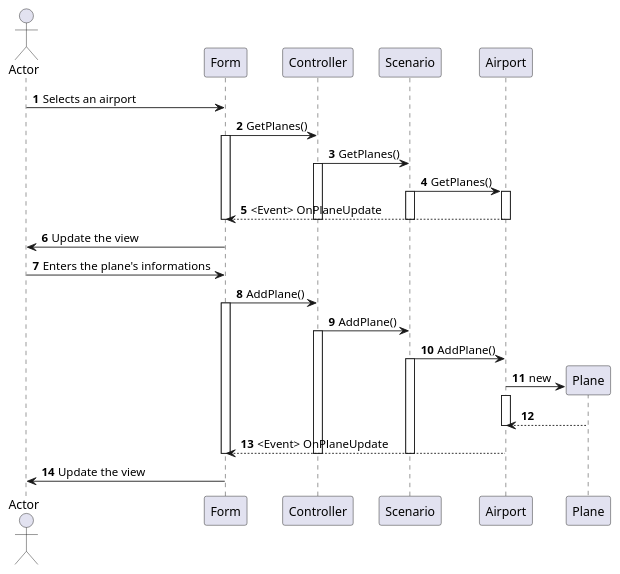
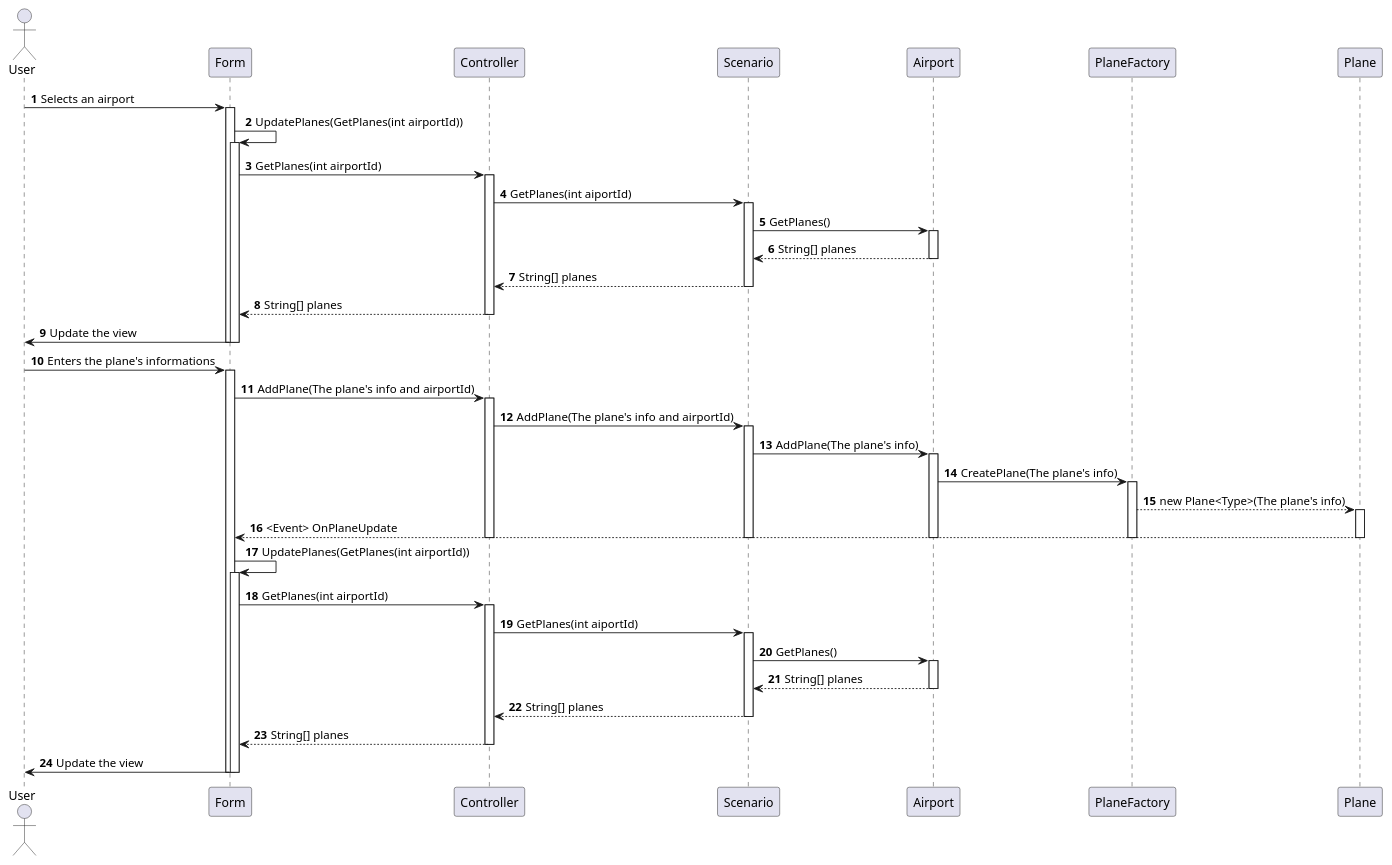
Before and after one commit to Homespore165/tututut: the diagram in PlaneTP/Documentation/Diagrams/Sequence/AddToAirport.puml, drawn with PlantUML. The commit also changed 1 other file, not shown here.

Commit message:
Redid the first sequance diagram

```diff
--- a/PlaneTP/Documentation/Diagrams/Sequence/AddToAirport.puml
+++ b/PlaneTP/Documentation/Diagrams/Sequence/AddToAirport.puml
@@ -1,39 +1,63 @@
 @startuml
 'https://plantuml.com/sequence-diagram
 
 autonumber
 
-actor Actor
-Actor -> Form : Selects an airport
-Form -> Controller : GetPlanes()
+actor User
+User -> Form : Selects an airport
 activate Form
-Controller -> Scenario : GetPlanes()
+Form -> Form : UpdatePlanes(GetPlanes(int airportId))
+activate Form
+Form -> Controller : GetPlanes(int airportId)
 activate Controller
+Controller -> Scenario : GetPlanes(int aiportId)
+activate Scenario
 Scenario -> Airport : GetPlanes()
+activate Airport
+Airport --> Scenario : String[] planes
+deactivate Airport
+Scenario --> Controller: String[] planes
+deactivate Scenario
+Controller --> Form: String[] planes
+deactivate Controller
+Form -> User : Update the view
+deactivate Form
+deactivate Form
+User -> Form : Enters the plane's informations
+activate Form
+Form -> Controller : AddPlane(The plane's info and airportId)
+activate Controller
+Controller -> Scenario : AddPlane(The plane's info and airportId)
 activate Scenario
+Scenario -> Airport : AddPlane(The plane's info)
 activate Airport
-Airport --> Form : <Event> OnPlaneUpdate
+Airport -> PlaneFactory : CreatePlane(The plane's info)
+activate PlaneFactory
+PlaneFactory --> Plane : new Plane<Type>(The plane's info)
+activate Plane
+Plane --> Form : <Event> OnPlaneUpdate
+deactivate Plane
+deactivate PlaneFactory
 deactivate Airport
-deactivate Scenario
-deactivate Controller
-deactivate Form
-Form -> Actor : Update the view
-Actor -> Form : Enters the plane's informations
-Form -> Controller : AddPlane()
-activate Form
-Controller -> Scenario : AddPlane()
-activate Controller
-Scenario -> Airport : AddPlane()
-activate Scenario
-create Plane
-Airport -> Plane : new
-activate Airport
-Plane --> Airport
-deactivate Airport
-Airport --> Form : <Event> OnPlaneUpdate
-deactivate Form
 deactivate Controller
 deactivate Scenario
-Form -> Actor : Update the view
+Form -> Form : UpdatePlanes(GetPlanes(int airportId))
+activate Form
+Form -> Controller : GetPlanes(int airportId)
+activate Controller
+Controller -> Scenario : GetPlanes(int aiportId)
+activate Scenario
+Scenario -> Airport : GetPlanes()
+activate Airport
+Airport --> Scenario : String[] planes
+deactivate Airport
+Scenario --> Controller: String[] planes
+deactivate Scenario
+Controller --> Form: String[] planes
+deactivate Controller
+Form -> User : Update the view
+deactivate Form
+deactivate Form
+
 
 @enduml
```
